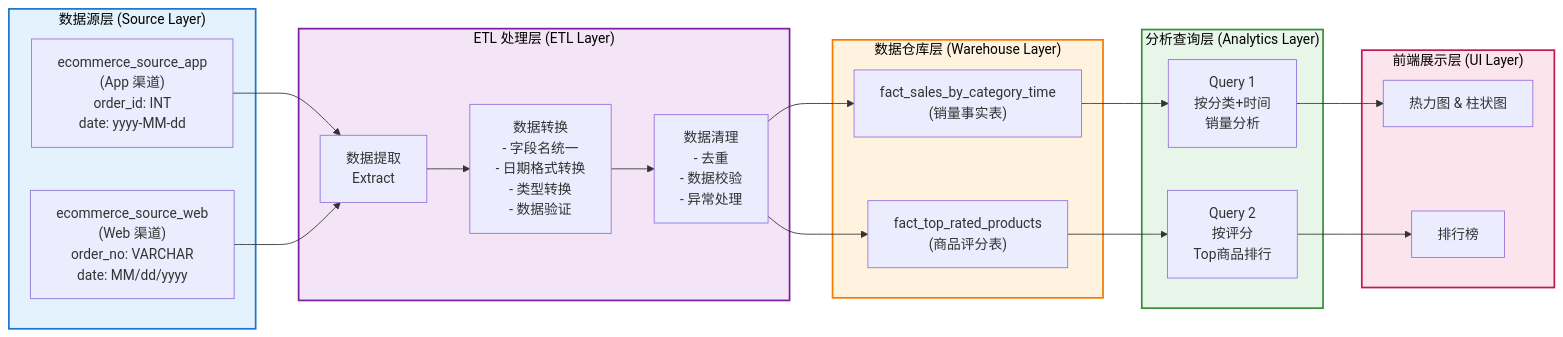
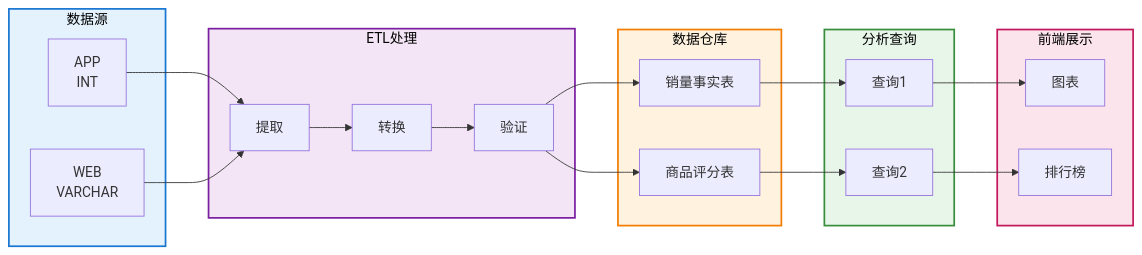
Before and after one commit to jianglei919/ecommerce_data_warehouse: the diagram in REQUIREMENTS.md, drawn with Mermaid. The commit also changed 3 other files, not shown here.

Commit message:
docs: simplify mermaid diagrams to improve text visibility

````diff
--- a/REQUIREMENTS.md
+++ b/REQUIREMENTS.md
@@ -157,47 +157,47 @@
 ```mermaid
 graph LR
-    subgraph source["数据源层 (Source Layer)"]
-        app["ecommerce_source_app<br/>(App 渠道)<br/>order_id: INT<br/>date: yyyy-MM-dd"]
-        web["ecommerce_source_web<br/>(Web 渠道)<br/>order_no: VARCHAR<br/>date: MM/dd/yyyy"]
+    subgraph source["数据源"]
+        app["APP<br/>INT"]
+        web["WEB<br/>VARCHAR"]
     end
 
-    subgraph etl["ETL 处理层 (ETL Layer)"]
-        extract["数据提取<br/>Extract"]
-        transform["数据转换<br/>- 字段名统一<br/>- 日期格式转换<br/>- 类型转换<br/>- 数据验证"]
-        clean["数据清理<br/>- 去重<br/>- 数据校验<br/>- 异常处理"]
+    subgraph etl["ETL处理"]
+        extract["提取"]
+        transform["转换"]
+        clean["验证"]
     end
 
-    subgraph warehouse["数据仓库层 (Warehouse Layer)"]
-        sales["fact_sales_by_category_time<br/>(销量事实表)"]
-        top["fact_top_rated_products<br/>(商品评分表)"]
+    subgraph warehouse["数据仓库"]
+        sales["销量事实表"]
+        top["商品评分表"]
     end
 
-    subgraph analytics["分析查询层 (Analytics Layer)"]
-        query1["Query 1<br/>按分类+时间<br/>销量分析"]
-        query2["Query 2<br/>按评分<br/>Top商品排行"]
+    subgraph analytics["分析查询"]
+        query1["查询1"]
+        query2["查询2"]
     end
 
-    subgraph ui["前端展示层 (UI Layer)"]
-        chart1["热力图 & 柱状图"]
+    subgraph ui["前端展示"]
+        chart1["图表"]
         chart2["排行榜"]
     end
 
     app --> extract
     web --> extract
     extract --> transform
     transform --> clean
     clean --> sales
     clean --> top
 
     sales --> query1
     top --> query2
 
     query1 --> chart1
     query2 --> chart2
 
     style source fill:#e3f2fd,stroke:#1976d2,stroke-width:2px,color:#000
     style etl fill:#f3e5f5,stroke:#7b1fa2,stroke-width:2px,color:#000
     style warehouse fill:#fff3e0,stroke:#f57c00,stroke-width:2px,color:#000
     style analytics fill:#e8f5e9,stroke:#388e3c,stroke-width:2px,color:#000
     style ui fill:#fce4ec,stroke:#c2185b,stroke-width:2px,color:#000
 ```
````
